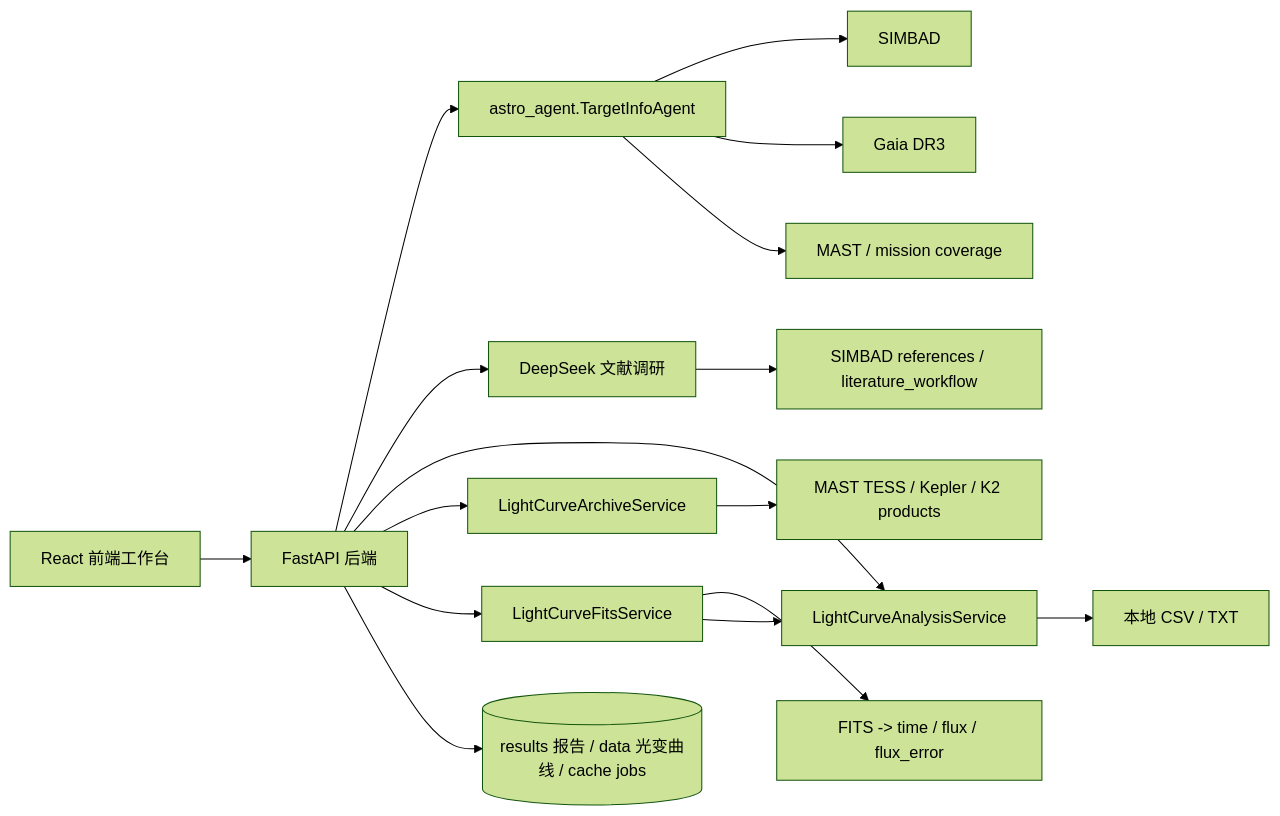
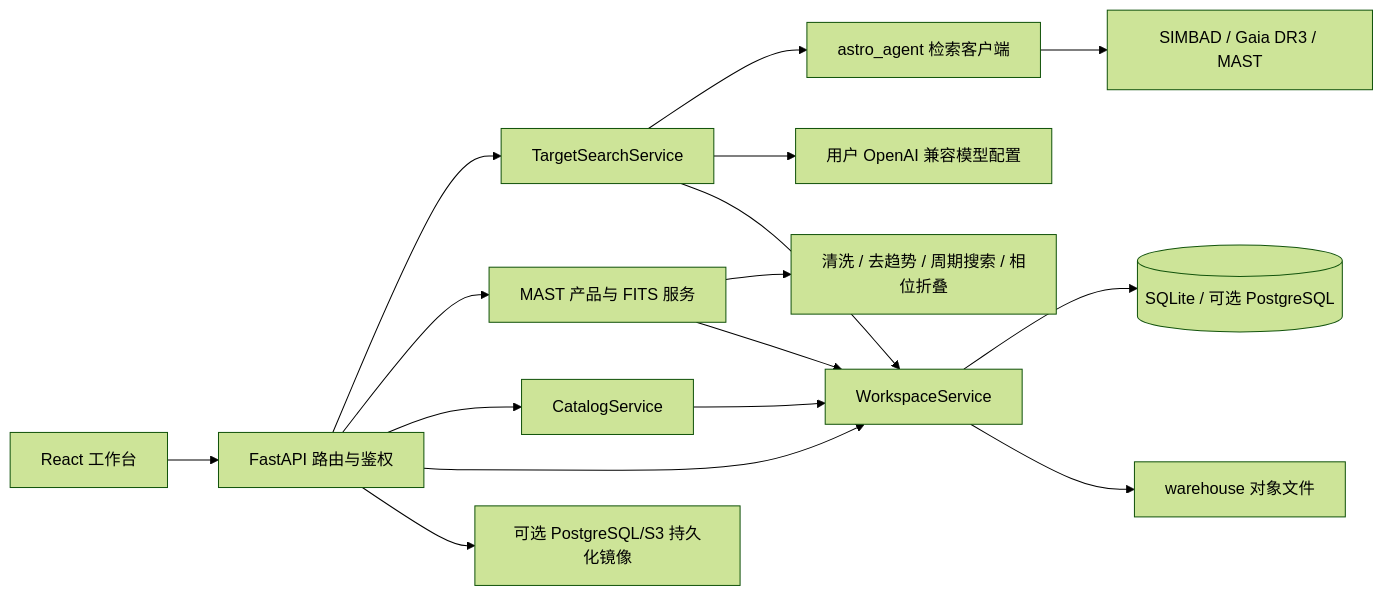
The diagram in docs/interactive_architecture.md (SolomonCang/CollectStarInfo), drawn with Mermaid (forest theme) before and after one commit. The commit also changed other lines of this file and 37 other files, not shown here.

````diff
--- a/docs/interactive_architecture.md
+++ b/docs/interactive_architecture.md
@@ -9,18 +7,18 @@
 ```mermaid
 flowchart LR
-    UI[React 前端工作台] --> API[FastAPI 后端]
-    API --> Agent[astro_agent.TargetInfoAgent]
-    API --> DS[DeepSeek 文献调研]
-    API --> LC[LightCurveAnalysisService]
-    API --> LCA[LightCurveArchiveService]
-    API --> LCF[LightCurveFitsService]
-    Agent --> SIMBAD[SIMBAD]
-    Agent --> Gaia[Gaia DR3]
-    Agent --> MAST[MAST / mission coverage]
-    DS --> Refs[SIMBAD references / literature_workflow]
-    LC --> Upload[本地 CSV / TXT]
-    LCA --> Archive[MAST TESS / Kepler / K2 products]
-    LCF --> Fits[FITS -> time / flux / flux_error]
-    LCF --> LC
-    API --> Store[(results 报告 / data 光变曲线 / cache jobs)]
+    UI[React 工作台] --> API[FastAPI 路由与鉴权]
+    API --> Target[TargetSearchService]
+    Target --> Agent[astro_agent 检索客户端]
+    Agent --> Sources[SIMBAD / Gaia DR3 / MAST]
+    Target --> LLM[用户 OpenAI 兼容模型配置]
+    API --> Archive[MAST 产品与 FITS 服务]
+    Archive --> Analysis[清洗 / 去趋势 / 周期搜索 / 相位折叠]
+    API --> Catalog[CatalogService]
+    API --> Workspace[WorkspaceService]
+    Target --> Workspace
+    Archive --> Workspace
+    Catalog --> Workspace
+    Workspace --> DB[(SQLite / 可选 PostgreSQL)]
+    Workspace --> Objects[warehouse 对象文件]
+    API --> Persistence[可选 PostgreSQL/S3 持久化镜像]
 ```
````
